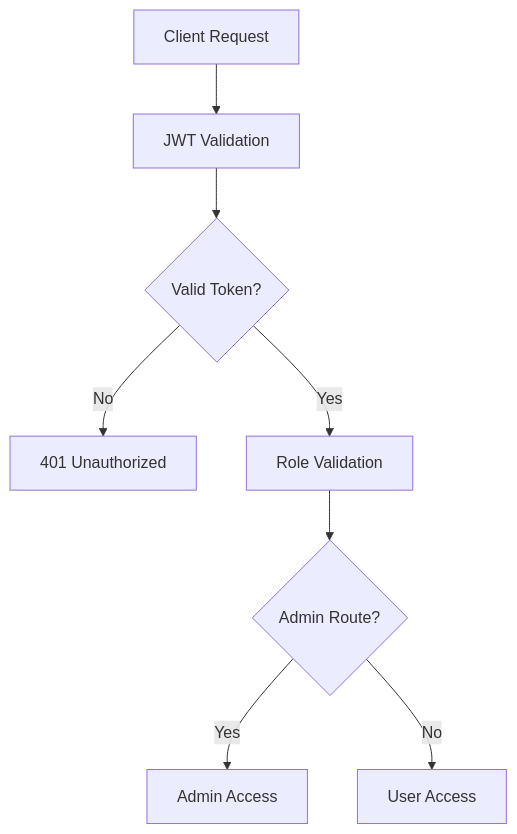
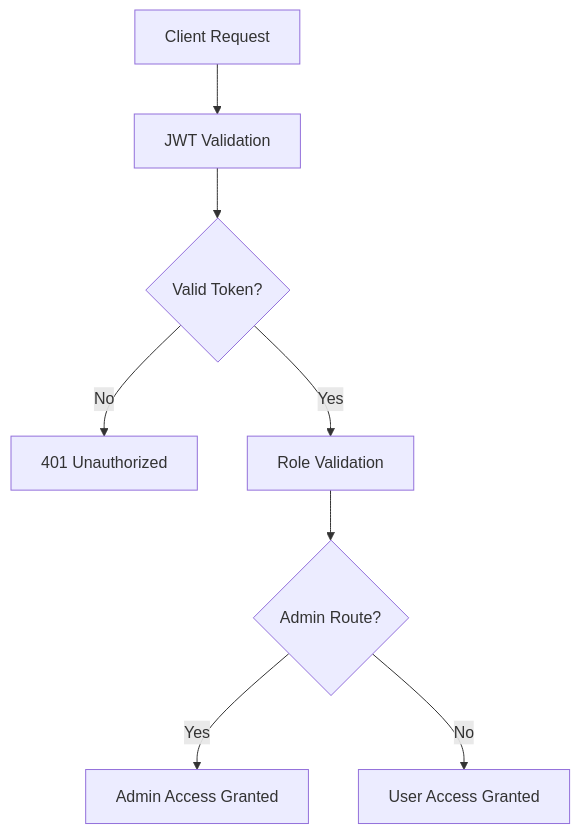
Before and after one commit to SHATHISH-07/port-system: the eighth of 8 diagrams in README.md, drawn with Mermaid. The commit also changed other lines of this file, not shown here.

````diff
--- a/README.md
+++ b/README.md
@@ -663,13 +551,12 @@
 ```mermaid
 graph TD
     A[Client Request] --> B[JWT Validation]
     B --> C{Valid Token?}
 
     C -- No --> D[401 Unauthorized]
     C -- Yes --> E[Role Validation]
 
     E --> F{Admin Route?}
-
-    F -- Yes --> G[Admin Access]
-    F -- No --> H[User Access]
+    F -- Yes --> G[Admin Access Granted]
+    F -- No --> H[User Access Granted]
 ```
````
